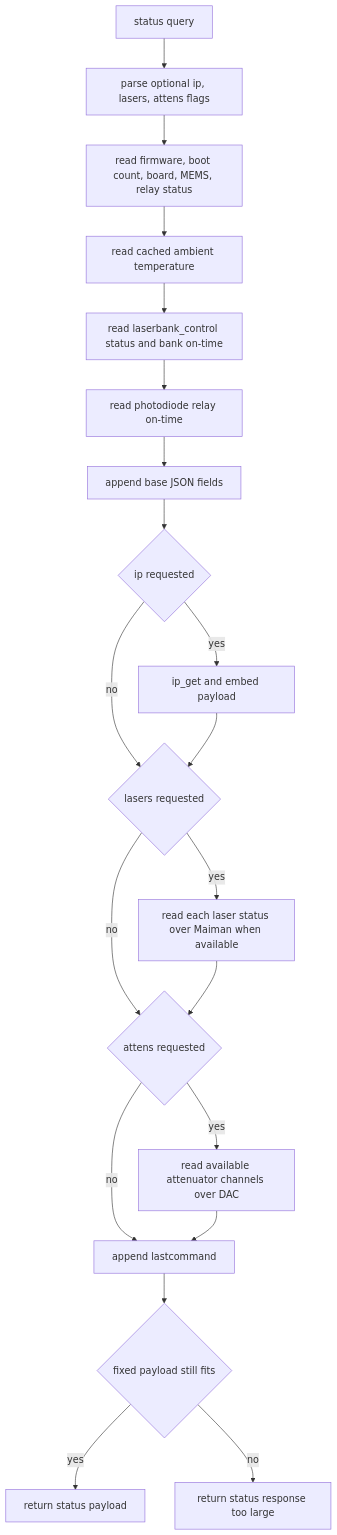
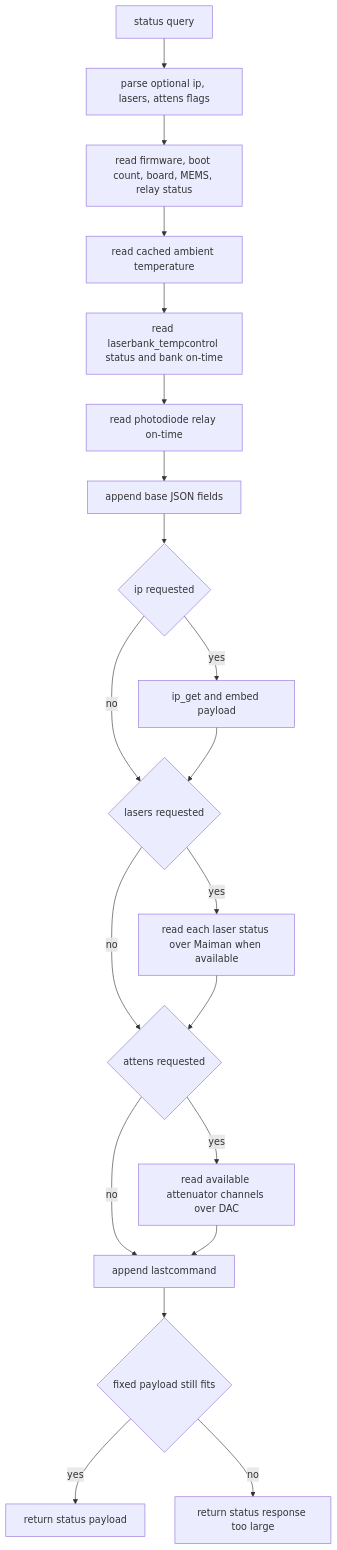
Before and after one commit to COO-Utilities/hispec-tib: diagram 22 of 22 in doc/diagrams.md, drawn with Mermaid. The commit also changed other lines of this file and 10 other files, not shown here.

Commit message:
Rename laser bank temperature control module

````diff
--- a/doc/diagrams.md
+++ b/doc/diagrams.md
@@ -479,23 +479,23 @@
 ```mermaid
 flowchart TD
   Request[status query] --> Parse[parse optional ip, lasers, attens flags]
   Parse --> Base[read firmware, boot count, board, MEMS, relay status]
   Base --> Temp[read cached ambient temperature]
-  Temp --> Bank[read laserbank_control status and bank on-time]
+  Temp --> Bank[read laserbank_tempcontrol status and bank on-time]
   Bank --> PdOn[read photodiode relay on-time]
   PdOn --> Build[append base JSON fields]
 
   Build --> IncludeIP{ip requested}
   IncludeIP -- yes --> IP[ip_get and embed payload]
   IncludeIP -- no --> IncludeLasers
   IP --> IncludeLasers{lasers requested}
   IncludeLasers -- yes --> LaserLoop[read each laser status over Maiman when available]
   IncludeLasers -- no --> IncludeAttens
   LaserLoop --> IncludeAttens{attens requested}
   IncludeAttens -- yes --> AttenLoop[read available attenuator channels over DAC]
   IncludeAttens -- no --> Last
   AttenLoop --> Last[append lastcommand]
   Last --> Size{fixed payload still fits}
   Size -- yes --> Response[return status payload]
   Size -- no --> Error[return status response too large]
 ```
````
